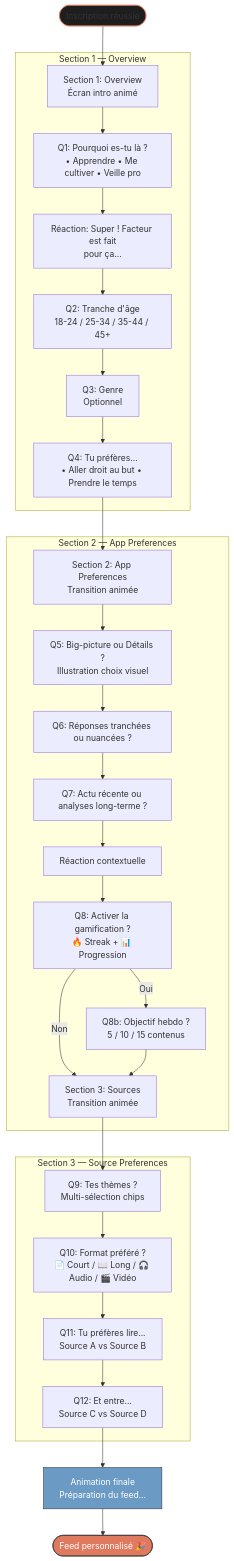
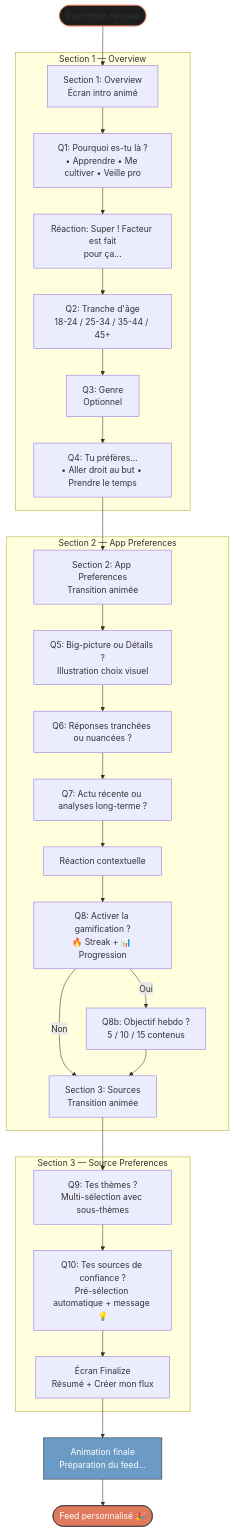
The second of 6 diagrams in docs/front-end-spec.md (boujonlaurin-dotcom/facteur), drawn with Mermaid before and after one commit. The commit also changed other lines of this file and 10 other files, not shown here.

````diff
--- a/docs/front-end-spec.md
+++ b/docs/front-end-spec.md
@@ -182,41 +183,40 @@
 ```mermaid
 flowchart TD
     START([Inscription réussie]) --> S1_INTRO[Section 1: Overview<br/>Écran intro animé]
     
     subgraph "Section 1 — Overview"
         S1_INTRO --> Q1[Q1: Pourquoi es-tu là ?<br/>• Apprendre • Me cultiver • Veille pro]
         Q1 --> R1[Réaction: Super ! Facteur est fait<br/>pour ça...]
         R1 --> Q2[Q2: Tranche d'âge<br/>18-24 / 25-34 / 35-44 / 45+]
         Q2 --> Q3[Q3: Genre<br/>Optionnel]
         Q3 --> Q4[Q4: Tu préfères...<br/>• Aller droit au but • Prendre le temps]
     end
     
     Q4 --> S2_INTRO[Section 2: App Preferences<br/>Transition animée]
     
     subgraph "Section 2 — App Preferences"
         S2_INTRO --> Q5[Q5: Big-picture ou Détails ?<br/>Illustration choix visuel]
         Q5 --> Q6[Q6: Réponses tranchées ou nuancées ?]
         Q6 --> Q7[Q7: Actu récente ou analyses long-terme ?]
         Q7 --> R2[Réaction contextuelle]
         R2 --> Q8[Q8: Activer la gamification ?<br/>🔥 Streak + 📊 Progression]
         Q8 --> |Oui| Q8B[Q8b: Objectif hebdo ?<br/>5 / 10 / 15 contenus]
         Q8 --> |Non| S3_INTRO
         Q8B --> S3_INTRO
     end
     
     S3_INTRO[Section 3: Sources<br/>Transition animée]
     
     subgraph "Section 3 — Source Preferences"
-        S3_INTRO --> Q9[Q9: Tes thèmes ?<br/>Multi-sélection chips]
-        Q9 --> Q10[Q10: Format préféré ?<br/>📄 Court / 📖 Long / 🎧 Audio / 🎬 Vidéo]
-        Q10 --> Q11[Q11: Tu préfères lire...<br/>Source A vs Source B]
-        Q11 --> Q12[Q12: Et entre...<br/>Source C vs Source D]
+        S3_INTRO --> Q9[Q9: Tes thèmes ?<br/>Multi-sélection avec sous-thèmes]
+        Q9 --> Q10[Q10: Tes sources de confiance ?<br/>Pré-sélection automatique + message 💡]
+        Q10 --> FINALIZE[Écran Finalize<br/>Résumé + Créer mon flux]
     end
     
-    Q12 --> FINAL[Animation finale<br/>Préparation du feed...]
+    FINALIZE --> FINAL[Animation finale<br/>Préparation du feed...]
     FINAL --> FEED([Feed personnalisé 🎉])
     
     style START fill:#1E1E1E,stroke:#E07A5F
     style FEED fill:#E07A5F,stroke:#333,color:#fff
     style FINAL fill:#6B9AC4,stroke:#333,color:#fff
 ```
````
